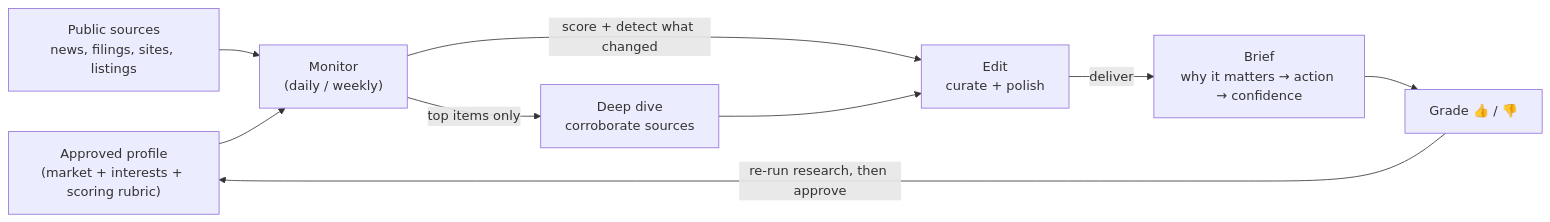
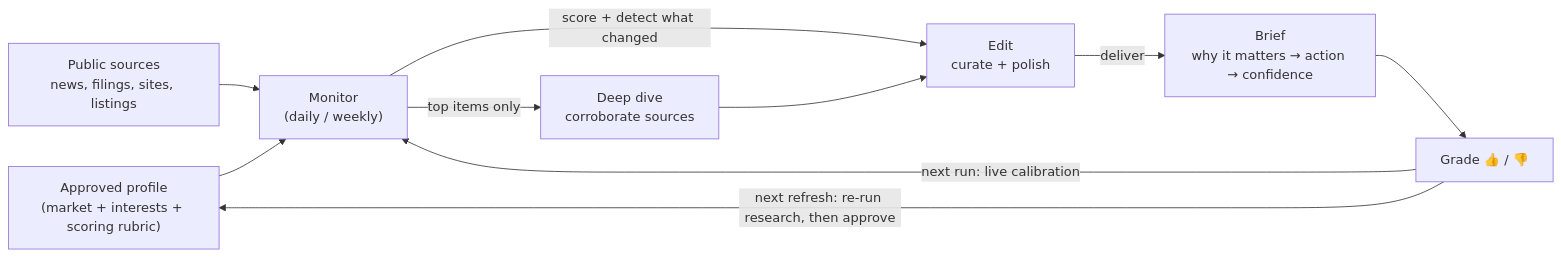
Before and after one commit to MrZoller/vantage-point: the diagram in docs/overview.md, drawn with Mermaid. The commit also changed other lines of this file and 6 other files, not shown here.

````diff
--- a/docs/overview.md
+++ b/docs/overview.md
@@ -57,17 +57,19 @@
 ```mermaid
 flowchart LR
   P["Approved profile<br/>(market + interests + scoring rubric)"]
   S["Public sources<br/>news, filings, sites, listings"]
   M["Monitor<br/>(daily / weekly)"]
   DD["Deep dive<br/>corroborate sources"]
   ED["Edit<br/>curate + polish"]
   R["Brief<br/>why it matters → action → confidence"]
   G["Grade 👍 / 👎"]
 
   S --> M
   P --> M
   M -->|score + detect what changed| ED
   M -->|top items only| DD --> ED
   ED -->|deliver| R
-  R --> G -->|re-run research, then approve| P
+  R --> G
+  G -->|next run: live calibration| M
+  G -->|next refresh: re-run research, then approve| P
 ```
````
